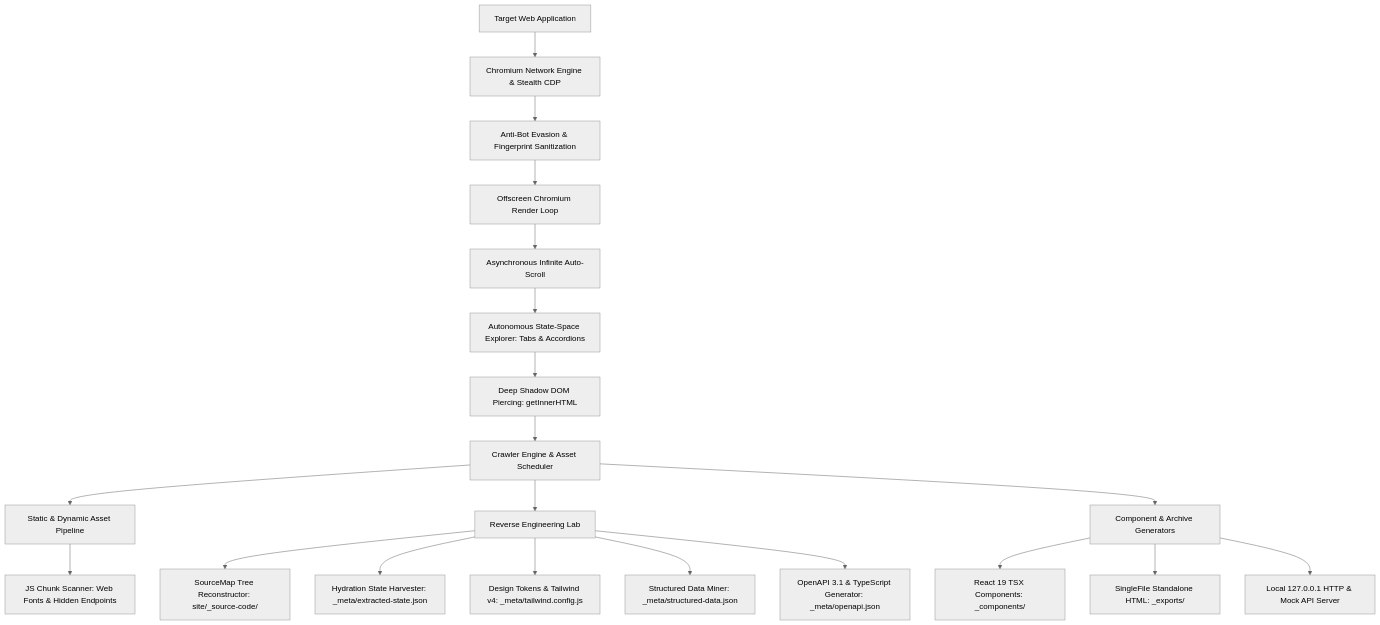
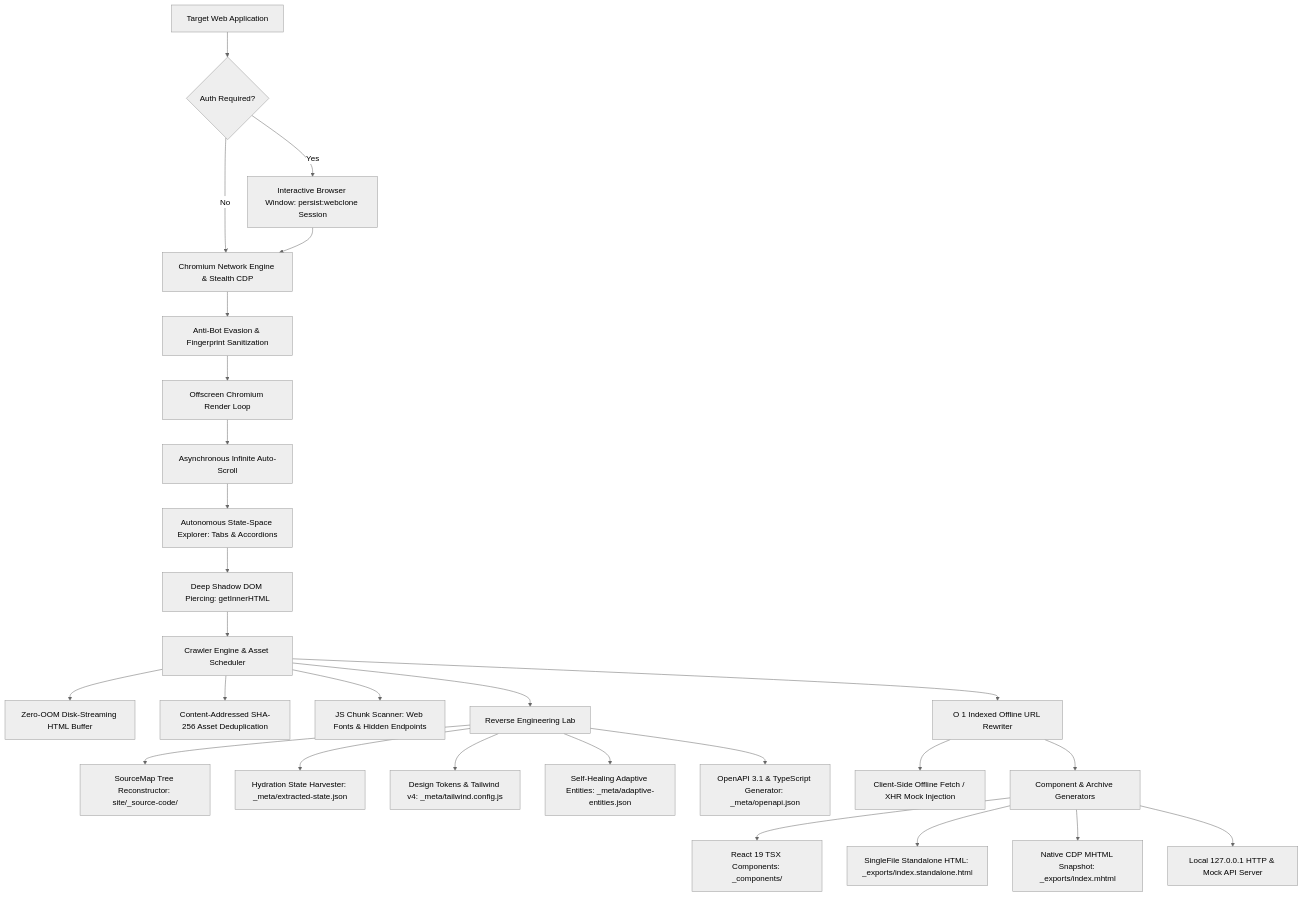
The first of 2 diagrams in README.md (MonarchDevLab/WebClone-Studio), drawn with Mermaid (neutral theme) before and after one commit. The commit also changed other lines of this file and 2 other files, not shown here.

````diff
--- a/README.md
+++ b/README.md
@@ -78,26 +83,35 @@
 ```mermaid
 flowchart TD
-    Target[Target Web Application] --> Network[Chromium Network Engine & Stealth CDP]
+    Target[Target Web Application] --> AuthCheck{Auth Required?}
+    AuthCheck -- Yes --> AuthSession[Interactive Browser Window: persist:webclone Session]
+    AuthCheck -- No --> Network[Chromium Network Engine & Stealth CDP]
+    AuthSession --> Network
+
     Network --> Evasion[Anti-Bot Evasion & Fingerprint Sanitization]
     Evasion --> Render[Offscreen Chromium Render Loop]
     Render --> Scroll[Asynchronous Infinite Auto-Scroll]
     Scroll --> StateExplorer[Autonomous State-Space Explorer: Tabs & Accordions]
     StateExplorer --> ShadowDOM[Deep Shadow DOM Piercing: getInnerHTML]
     
     ShadowDOM --> CoreEngine[Crawler Engine & Asset Scheduler]
     
-    CoreEngine --> AssetDL[Static & Dynamic Asset Pipeline]
-    AssetDL --> ObfuscationBypass[JS Chunk Scanner: Web Fonts & Hidden Endpoints]
+    CoreEngine --> DiskStream[Zero-OOM Disk-Streaming HTML Buffer]
+    CoreEngine --> Dedup[Content-Addressed SHA-256 Asset Deduplication]
+    CoreEngine --> ObfuscationBypass[JS Chunk Scanner: Web Fonts & Hidden Endpoints]
     
     CoreEngine --> ReverseLab[Reverse Engineering Lab]
     ReverseLab --> SourceMap[SourceMap Tree Reconstructor: site/_source-code/]
     ReverseLab --> Hydration[Hydration State Harvester: _meta/extracted-state.json]
     ReverseLab --> Tokens[Design Tokens & Tailwind v4: _meta/tailwind.config.js]
-    ReverseLab --> DataMining[Structured Data Miner: _meta/structured-data.json]
+    ReverseLab --> AdaptiveEntities[Self-Healing Adaptive Entities: _meta/adaptive-entities.json]
     ReverseLab --> ApiSpec[OpenAPI 3.1 & TypeScript Generator: _meta/openapi.json]
     
-    CoreEngine --> CodeGen[Component & Archive Generators]
+    CoreEngine --> Rewriter[O 1 Indexed Offline URL Rewriter]
+    Rewriter --> FetchShim[Client-Side Offline Fetch / XHR Mock Injection]
+    
+    Rewriter --> CodeGen[Component & Archive Generators]
     CodeGen --> ReactExport[React 19 TSX Components: _components/]
-    CodeGen --> SingleFile[SingleFile Standalone HTML: _exports/]
+    CodeGen --> SingleFile[SingleFile Standalone HTML: _exports/index.standalone.html]
+    CodeGen --> MhtmlExport[Native CDP MHTML Snapshot: _exports/index.mhtml]
     CodeGen --> Preview[Local 127.0.0.1 HTTP & Mock API Server]
 ```
````
